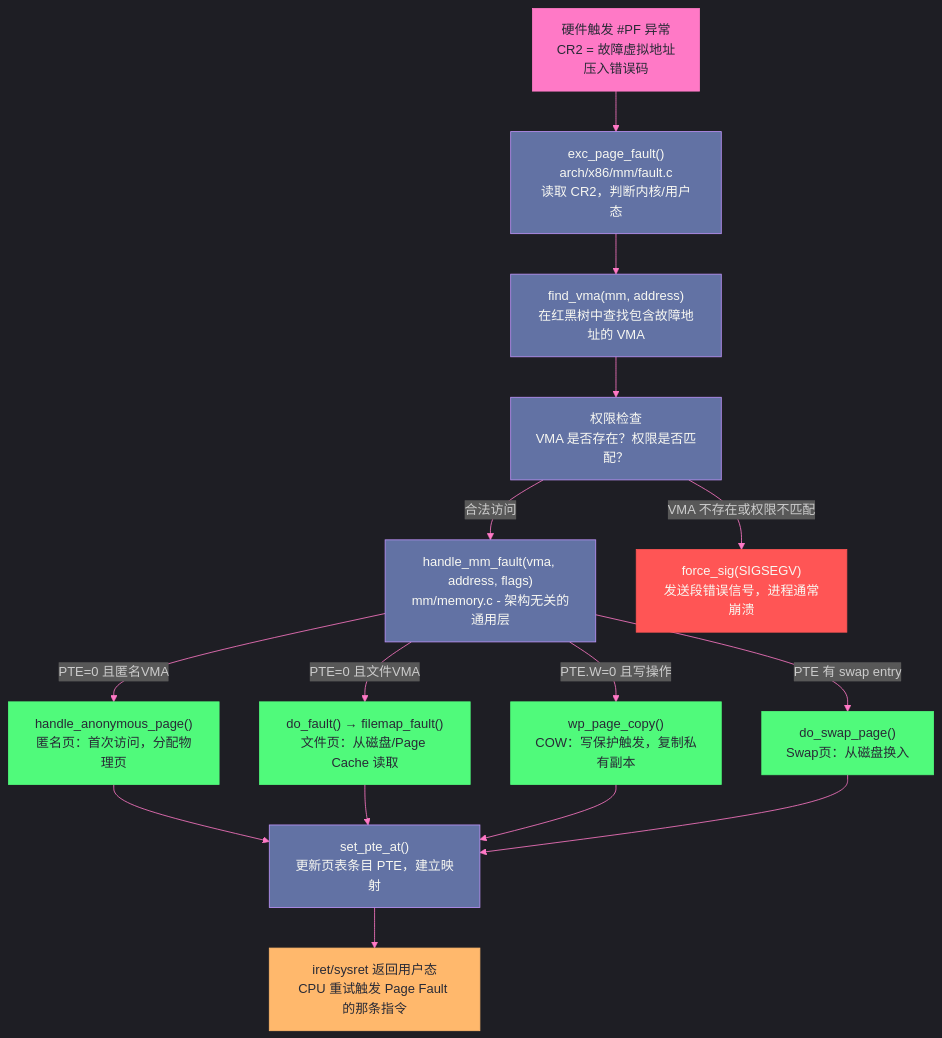
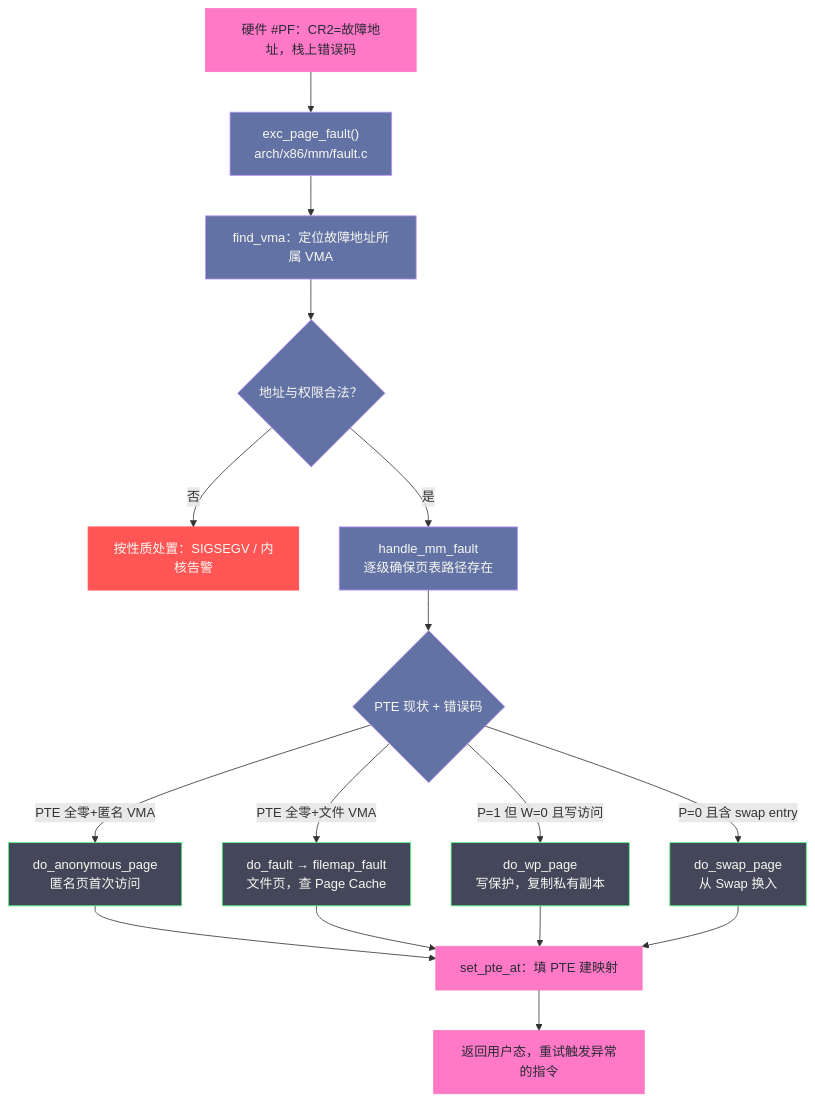
The diagram in content/Linux/内存管理/03 缺页异常：一次内存访问的完整旅程.md (hpliStartAgain/my-brain), drawn with Mermaid before and after one commit. The commit also changed other lines of this file and 47 other files, not shown here.

````diff
--- a/content/Linux/内存管理/03 缺页异常：一次内存访问的完整旅程.md
+++ b/content/Linux/内存管理/03 缺页异常：一次内存访问的完整旅程.md
@@ -94,43 +110,39 @@
 ```mermaid
-%%{init: {'theme': 'dark', 'themeVariables': {'primaryColor': '#6272a4', 'primaryTextColor': '#f8f8f2', 'primaryBorderColor': '#bd93f9', 'lineColor': '#ff79c6', 'background': '#282a36', 'mainBkg': '#44475a'}}}%%
-graph TD
-    HW["硬件触发 #PF 异常</br>CR2 = 故障虚拟地址</br>压入错误码"]
-    ENTRY["exc_page_fault()</br>arch/x86/mm/fault.c</br>读取 CR2，判断内核/用户态"]
-    FIND["find_vma(mm, address)</br>在红黑树中查找包含故障地址的 VMA"]
-    CHECK["权限检查</br>VMA 是否存在？权限是否匹配？"]
-    HANDLE["handle_mm_fault(vma, address, flags)</br>mm/memory.c - 架构无关的通用层"]
-    ANON["handle_anonymous_page()</br>匿名页：首次访问，分配物理页"]
-    FILE["do_fault() → filemap_fault()</br>文件页：从磁盘/Page Cache 读取"]
-    COW["wp_page_copy()</br>COW：写保护触发，复制私有副本"]
-    SWAP["do_swap_page()</br>Swap页：从磁盘换入"]
-    PTE["set_pte_at()</br>更新页表条目 PTE，建立映射"]
-    RETURN["iret/sysret 返回用户态</br>CPU 重试触发 Page Fault 的那条指令"]
-    SIGSEGV["force_sig(SIGSEGV)</br>发送段错误信号，进程通常崩溃"]
+%%{init: {'theme': 'dracula'}}%%
+flowchart TD
+    HW["硬件 #PF：CR2=故障地址，栈上错误码"]
+    ENTRY["exc_page_fault()<br/>arch/x86/mm/fault.c"]
+    FIND["find_vma：定位故障地址所属 VMA"]
+    CHECK{"地址与权限合法？"}
+    BAD["按性质处置：SIGSEGV / 内核告警"]
+    HANDLE["handle_mm_fault<br/>逐级确保页表路径存在"]
+    DISPATCH{"PTE 现状 + 错误码"}
+    ANON["do_anonymous_page<br/>匿名页首次访问"]
+    FILE["do_fault → filemap_fault<br/>文件页，查 Page Cache"]
+    COW["do_wp_page<br/>写保护，复制私有副本"]
+    SWAP["do_swap_page<br/>从 Swap 换入"]
+    PTE["set_pte_at：填 PTE 建映射"]
+    RET["返回用户态，重试触发异常的指令"]
 
-    HW --> ENTRY
-    ENTRY --> FIND
-    FIND --> CHECK
-    CHECK -->|"VMA 不存在或权限不匹配"| SIGSEGV
-    CHECK -->|"合法访问"| HANDLE
-    HANDLE -->|"PTE=0 且匿名VMA"| ANON
-    HANDLE -->|"PTE=0 且文件VMA"| FILE
-    HANDLE -->|"PTE.W=0 且写操作"| COW
-    HANDLE -->|"PTE 有 swap entry"| SWAP
+    HW --> ENTRY --> FIND --> CHECK
+    CHECK -->|否| BAD
+    CHECK -->|是| HANDLE --> DISPATCH
+    DISPATCH -->|PTE 全零+匿名 VMA| ANON
+    DISPATCH -->|PTE 全零+文件 VMA| FILE
+    DISPATCH -->|P=1 但 W=0 且写访问| COW
+    DISPATCH -->|P=0 且含 swap entry| SWAP
     ANON --> PTE
     FILE --> PTE
     COW --> PTE
     SWAP --> PTE
-    PTE --> RETURN
+    PTE --> RET
 
     classDef hw fill:#ff79c6,stroke:#ff79c6,color:#282a36
-    classDef kernel fill:#6272a4,stroke:#bd93f9,color:#f8f8f2
-    classDef handler fill:#50fa7b,stroke:#50fa7b,color:#282a36
-    classDef result fill:#ffb86c,stroke:#ffb86c,color:#282a36
+    classDef flow fill:#6272a4,stroke:#bd93f9,color:#f8f8f2
+    classDef path fill:#44475a,stroke:#50fa7b,color:#f8f8f2
     classDef err fill:#ff5555,stroke:#ff5555,color:#f8f8f2
-
-    class HW hw
-    class ENTRY,FIND,CHECK,HANDLE,PTE kernel
-    class ANON,FILE,COW,SWAP handler
-    class RETURN result
-    class SIGSEGV err
+    class HW,RET,PTE hw
+    class ENTRY,FIND,HANDLE,DISPATCH,CHECK flow
+    class ANON,FILE,COW,SWAP path
+    class BAD err
 ```
````
